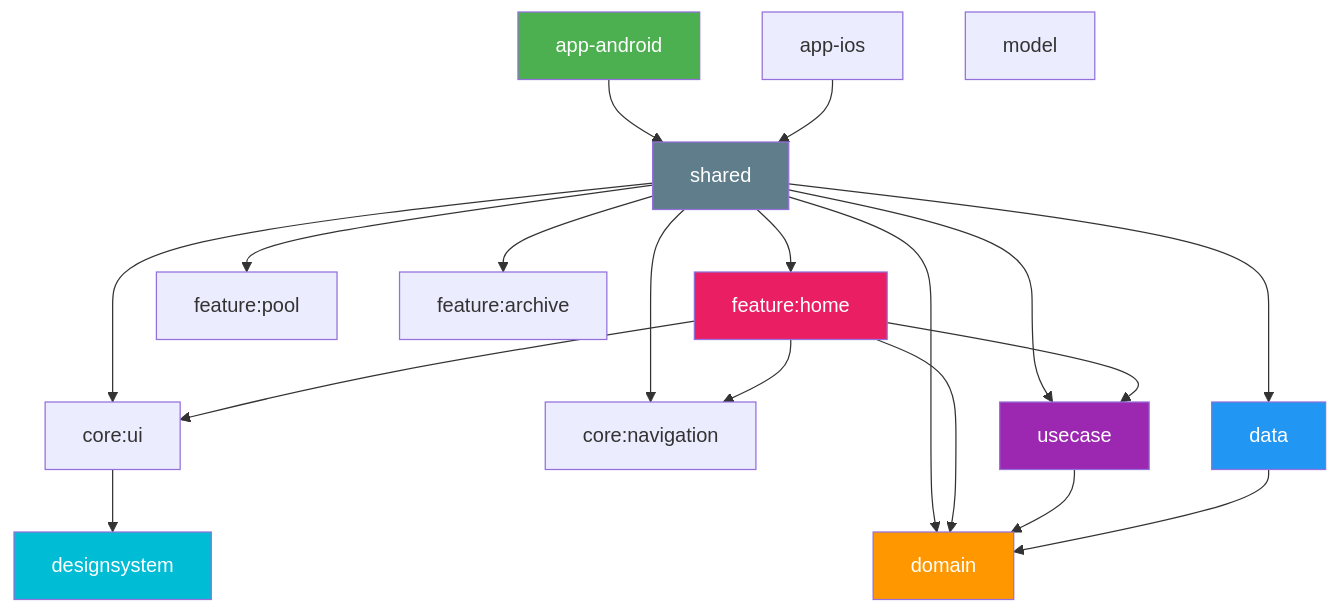
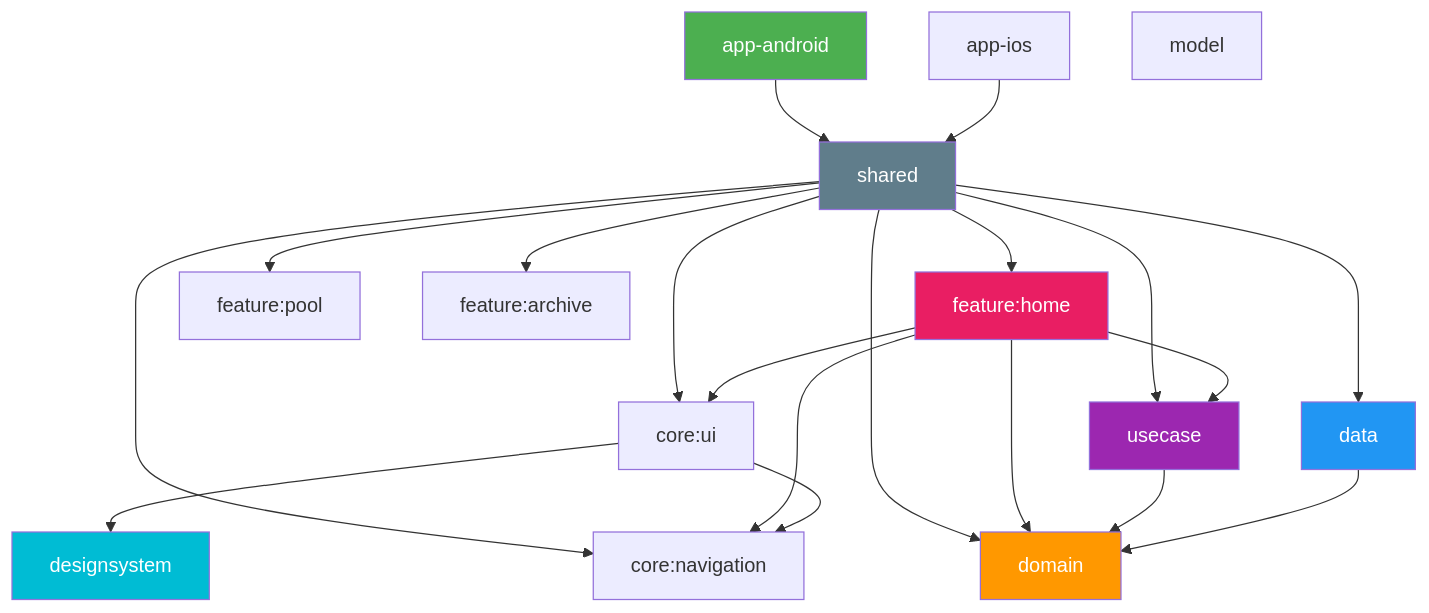
One commit to rmakiyama/wishline changed the diagram in README.md. Above: the diagram before and after it, drawn with Mermaid. The commit also changed 9 other files, not shown here.

````diff
--- a/README.md
+++ b/README.md
@@ -51,34 +51,35 @@
 ```mermaid
 graph TD
     app-android --> shared
     app-ios --> shared
 
     shared --> feature:home
     shared --> feature:pool
     shared --> feature:archive
     shared --> core:ui
     shared --> core:navigation
     shared --> usecase
     shared --> domain
     shared --> data
 
     feature:home --> core:ui
     feature:home --> core:navigation
     feature:home --> usecase
     feature:home --> domain
 
     core:ui --> designsystem
+    core:ui --> core:navigation
 
     usecase --> domain
     data --> domain
 
     model
 
     style app-android fill:#4CAF50,color:#fff
     style shared fill:#607D8B,color:#fff
     style domain fill:#FF9800,color:#fff
     style data fill:#2196F3,color:#fff
     style usecase fill:#9C27B0,color:#fff
     style feature:home fill:#E91E63,color:#fff
     style designsystem fill:#00BCD4,color:#fff
 ```
````
